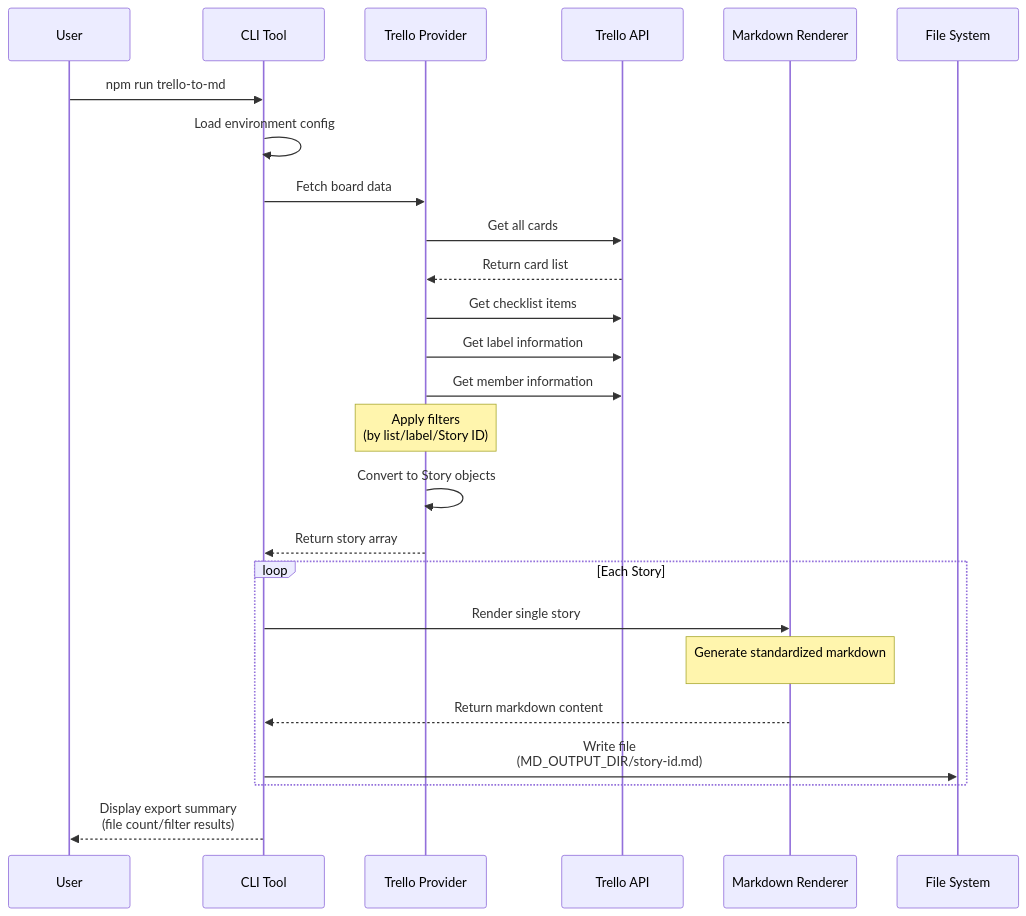
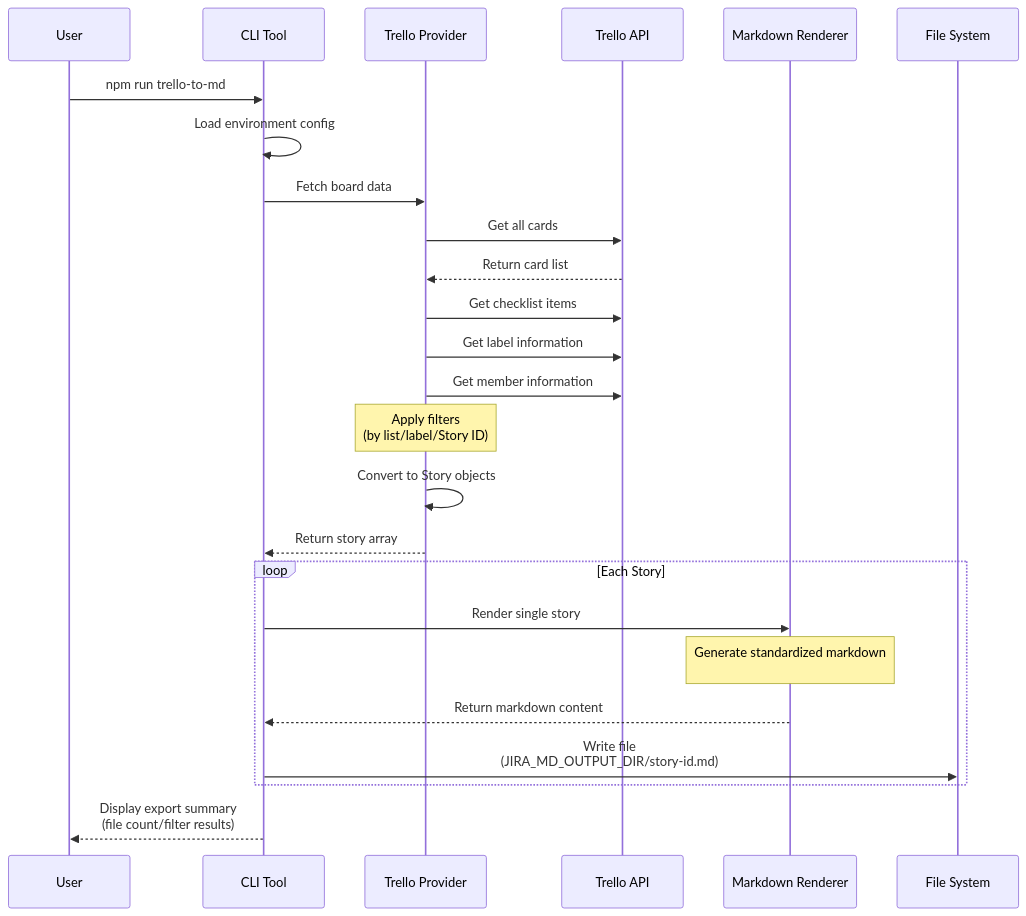
Before and after one commit to NZLouislu/jira-md-sync: the third of 7 diagrams in WORKFLOW.md, drawn with Mermaid. The commit also changed other lines of this file and 18 other files, not shown here.

````diff
--- a/WORKFLOW.md
+++ b/WORKFLOW.md
@@ -97,36 +97,36 @@
 ```mermaid
 sequenceDiagram
     participant User as User
     participant CLI as CLI Tool
     participant Provider as Trello Provider
     participant API as Trello API
     participant Renderer as Markdown Renderer
     participant FS as File System
     
     User->>CLI: npm run trello-to-md
     CLI->>CLI: Load environment config
     CLI->>Provider: Fetch board data
     
     Provider->>API: Get all cards
     API-->>Provider: Return card list
     
     Provider->>API: Get checklist items
     Provider->>API: Get label information
     Provider->>API: Get member information
     
     Note over Provider: Apply filters<br/>(by list/label/Story ID)
     
     Provider->>Provider: Convert to Story objects
     Provider-->>CLI: Return story array
     
     loop Each Story
         CLI->>Renderer: Render single story
         
         Note over Renderer: Generate standardized markdown<br/>## Story: STORY-001 Title<br/>### Status<br/>### Description<br/>### Todo Items
         
         Renderer-->>CLI: Return markdown content
-        CLI->>FS: Write file<br/>(MD_OUTPUT_DIR/story-id.md)
+        CLI->>FS: Write file<br/>(JIRA_MD_OUTPUT_DIR/story-id.md)
     end
     
     CLI-->>User: Display export summary<br/>(file count/filter results)
 ```
````
